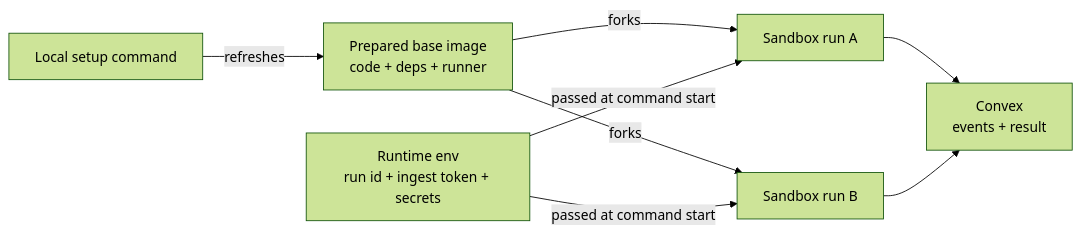
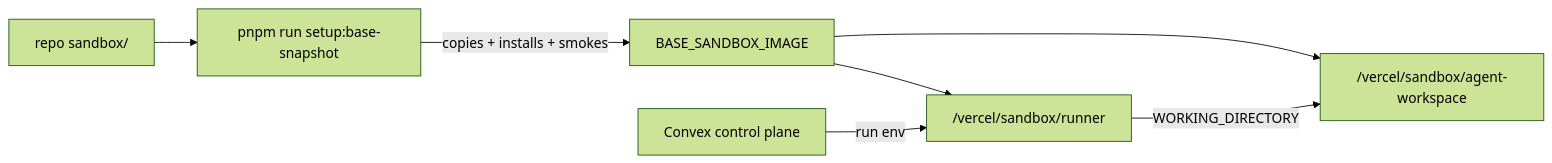
Before and after one commit to neilsanghrajka/drip: the third of 3 diagrams in docs/SANDBOX.md, drawn with Mermaid (forest theme). The commit also changed other lines of this file and 17 other files, not shown here.

Commit message:
Implement sandbox runtime payload layout

````diff
--- a/docs/SANDBOX.md
+++ b/docs/SANDBOX.md
@@ -165,17 +110,16 @@
 ```mermaid
 flowchart LR
-  Setup["Local setup command"]
-  Image["Prepared base image<br/>code + deps + runner"]
-  Env["Runtime env<br/>run id + ingest token + secrets"]
-  RunA["Sandbox run A"]
-  RunB["Sandbox run B"]
-  Convex["Convex<br/>events + result"]
+  Payload["repo sandbox/"]
+  Setup["pnpm run setup:base-snapshot"]
+  Image["BASE_SANDBOX_IMAGE"]
+  Runner["/vercel/sandbox/runner"]
+  Workspace["/vercel/sandbox/agent-workspace"]
+  Convex["Convex control plane"]
 
-  Setup -->|"refreshes"| Image
-  Image -->|"forks"| RunA
-  Image -->|"forks"| RunB
-  Env -->|"passed at command start"| RunA
-  Env -->|"passed at command start"| RunB
-  RunA --> Convex
-  RunB --> Convex
+  Payload --> Setup
+  Setup -->|"copies + installs + smokes"| Image
+  Image --> Runner
+  Image --> Workspace
+  Convex -->|"run env"| Runner
+  Runner -->|"WORKING_DIRECTORY"| Workspace
 ```
````
